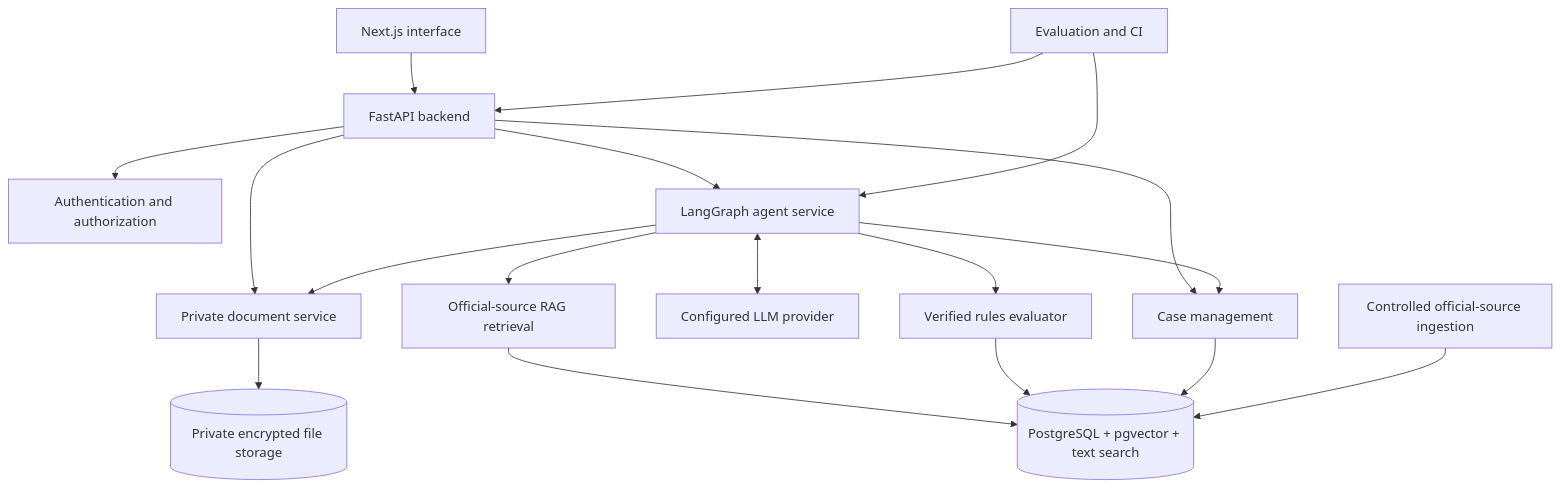
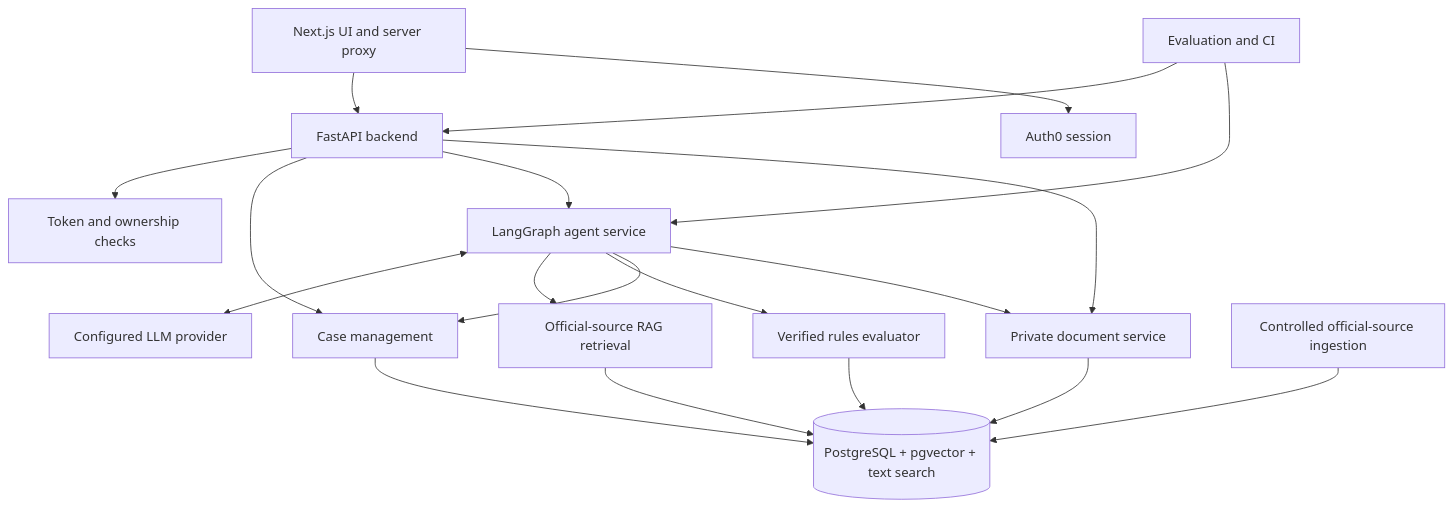
One commit to adembilge/PracticaMIA changed the second of 5 diagrams in PracticaMIA_Complete_Project_Specification.md. Above: the diagram before and after it, drawn with Mermaid. The commit also changed other lines of this file, not shown here.

Commit message:
Clarify reviewed-source and authentication architecture in the specification

````diff
--- a/PracticaMIA_Complete_Project_Specification.md
+++ b/PracticaMIA_Complete_Project_Specification.md
@@ -337,20 +337,21 @@
 ```mermaid
 flowchart TB
-    UI[Next.js interface] --> API[FastAPI backend]
-    API --> AUTH[Authentication and authorization]
+    UI[Next.js UI and server proxy] --> API[FastAPI backend]
+    UI --> AUTH[Auth0 session]
+    API --> AUTHZ[Token and ownership checks]
     API --> CASE[Case management]
     API --> AGENT[LangGraph agent service]
     API --> DOC[Private document service]
     AGENT <--> MODEL[Configured LLM provider]
     AGENT --> SEARCH[Official-source RAG retrieval]
     AGENT --> RULES[Verified rules evaluator]
     AGENT --> CASE
     AGENT --> DOC
     SEARCH --> DB[(PostgreSQL + pgvector + text search)]
     RULES --> DB
     CASE --> DB
-    DOC --> FILES[(Private encrypted file storage)]
+    DOC --> DB
     INGEST[Controlled official-source ingestion] --> DB
     EVAL[Evaluation and CI] --> API
     EVAL --> AGENT
 ```
````
